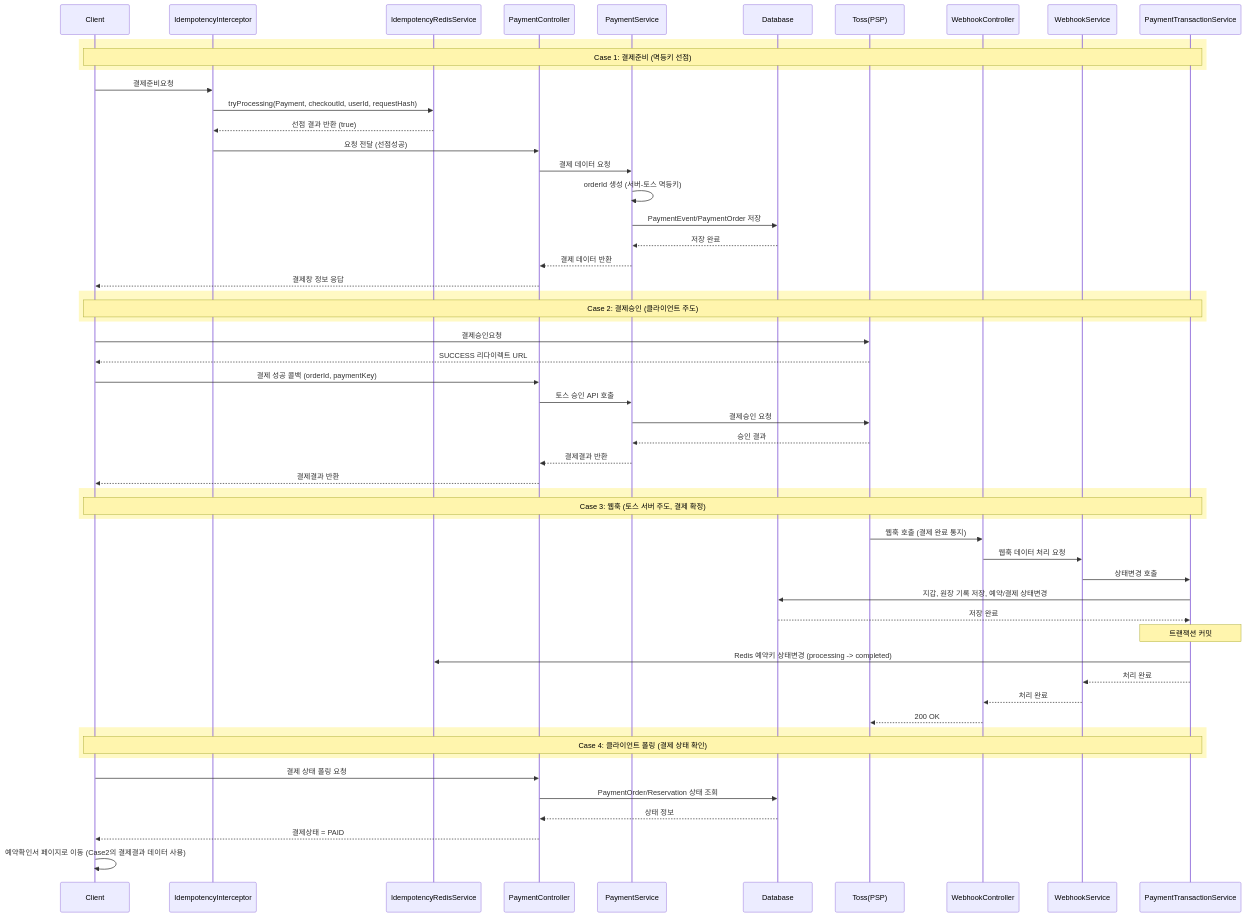
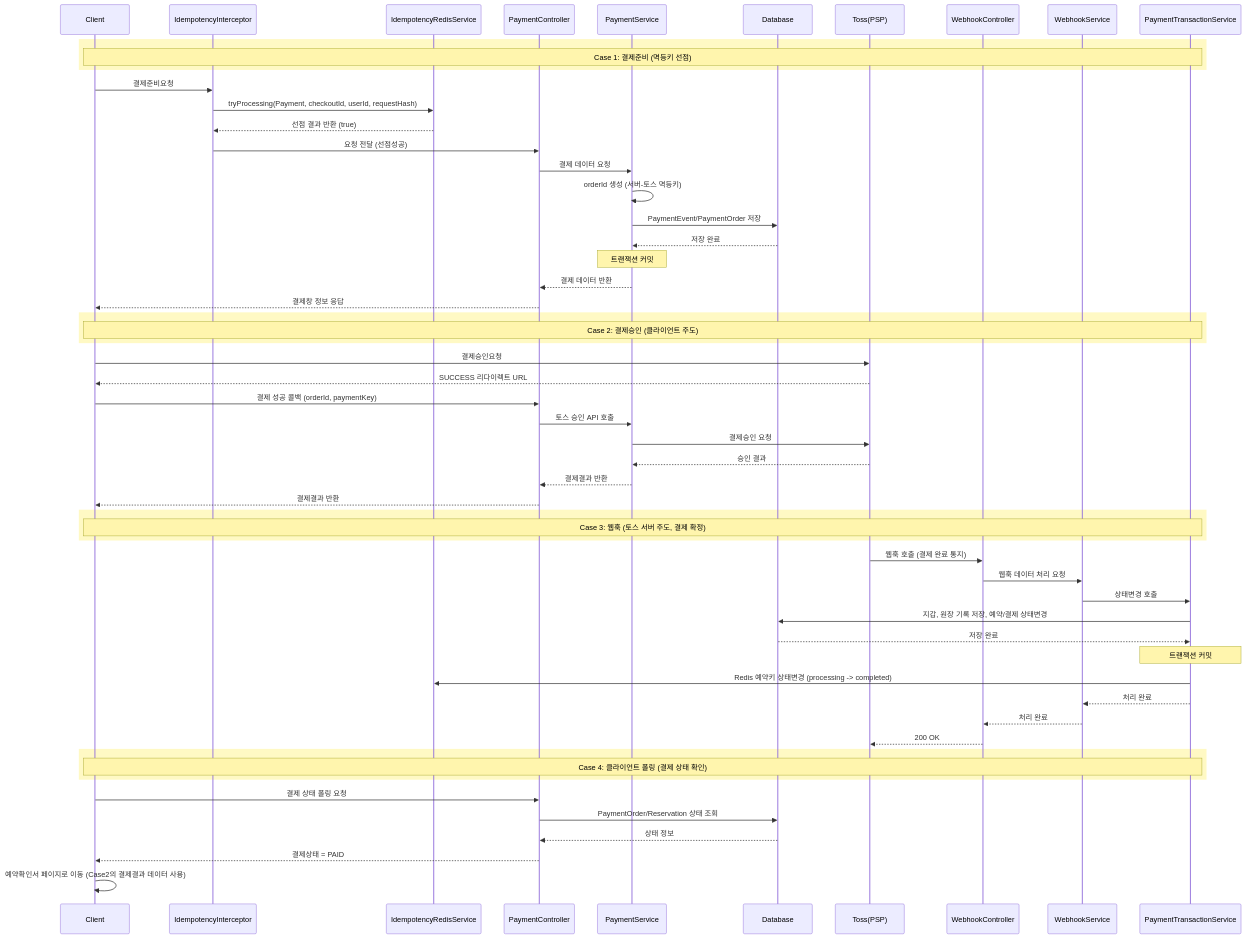
Before and after one commit to eunhye-ahn/hotel-reservation: the first of 2 diagrams in docs/PAYMENT_FLOW.md, drawn with Mermaid.

````diff
--- a/docs/PAYMENT_FLOW.md
+++ b/docs/PAYMENT_FLOW.md
@@ -2,62 +2,63 @@
 ```mermaid
 sequenceDiagram
     participant Client as Client
     participant IT as IdempotencyInterceptor
     participant IS as IdempotencyRedisService
     participant PC as PaymentController
     participant PS as PaymentService
     participant DB as Database
     participant Toss as Toss(PSP)
     participant WC as WebhookController
     participant WS as WebhookService
     participant PT as PaymentTransactionService
 
     rect rgb(255, 249, 196)
         Note over Client, PT: Case 1: 결제준비 (멱등키 선점)
     end
     Client->>IT: 결제준비요청
     IT->>IS: tryProcessing(Payment, checkoutId, userId, requestHash)
     IS-->>IT: 선점 결과 반환 (true)
     IT->>PC: 요청 전달 (선점성공)
     PC->>PS: 결제 데이터 요청
     PS->>PS: orderId 생성 (서버-토스 멱등키)
     PS->>DB: PaymentEvent/PaymentOrder 저장
     DB-->>PS: 저장 완료
+    Note over PS: 트랜잭션 커밋
     PS-->>PC: 결제 데이터 반환
     PC-->>Client: 결제창 정보 응답
 
     rect rgb(255, 249, 196)
         Note over Client, PT: Case 2: 결제승인 (클라이언트 주도)
     end
     Client->>Toss: 결제승인요청
     Toss-->>Client: SUCCESS 리다이렉트 URL
     Client->>PC: 결제 성공 콜백 (orderId, paymentKey)
     PC->>PS: 토스 승인 API 호출
     PS->>Toss: 결제승인 요청
     Toss-->>PS: 승인 결과
     PS-->>PC: 결제결과 반환
     PC-->>Client: 결제결과 반환
 
     rect rgb(255, 249, 196)
         Note over Client, PT: Case 3: 웹훅 (토스 서버 주도, 결제 확정)
     end
     Toss->>WC: 웹훅 호출 (결제 완료 통지)
     WC->>WS: 웹훅 데이터 처리 요청
     WS->>PT: 상태변경 호출
     PT->>DB: 지갑, 원장 기록 저장, 예약/결제 상태변경
     DB-->>PT: 저장 완료
     Note over PT: 트랜잭션 커밋
     PT->>IS: Redis 예약키 상태변경 (processing -> completed)
     PT-->>WS: 처리 완료
     WS-->>WC: 처리 완료
     WC-->>Toss: 200 OK
 
     rect rgb(255, 249, 196)
         Note over Client, PT: Case 4: 클라이언트 폴링 (결제 상태 확인)
     end
     Client->>PC: 결제 상태 폴링 요청
     PC->>DB: PaymentOrder/Reservation 상태 조회
     DB-->>PC: 상태 정보
     PC-->>Client: 결제상태 = PAID
     Client->>Client: 예약확인서 페이지로 이동 (Case2의 결제결과 데이터 사용)
 ```
````
